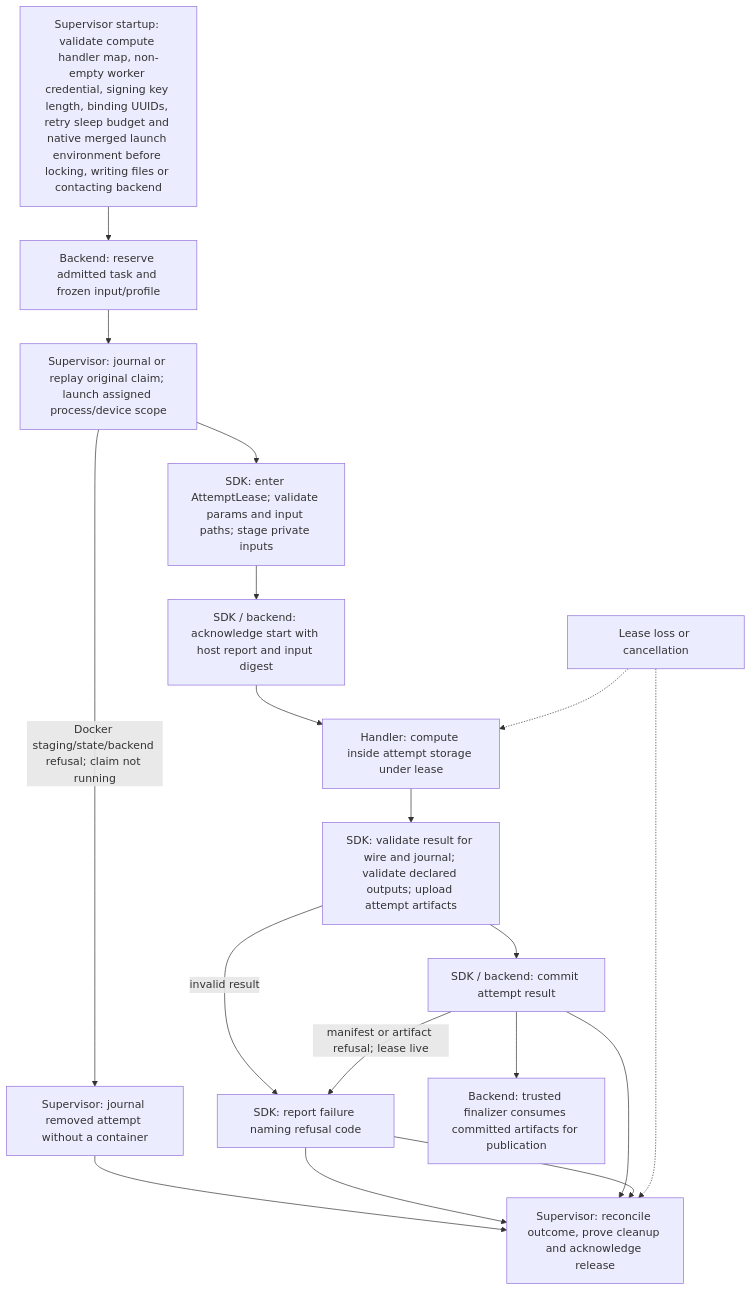
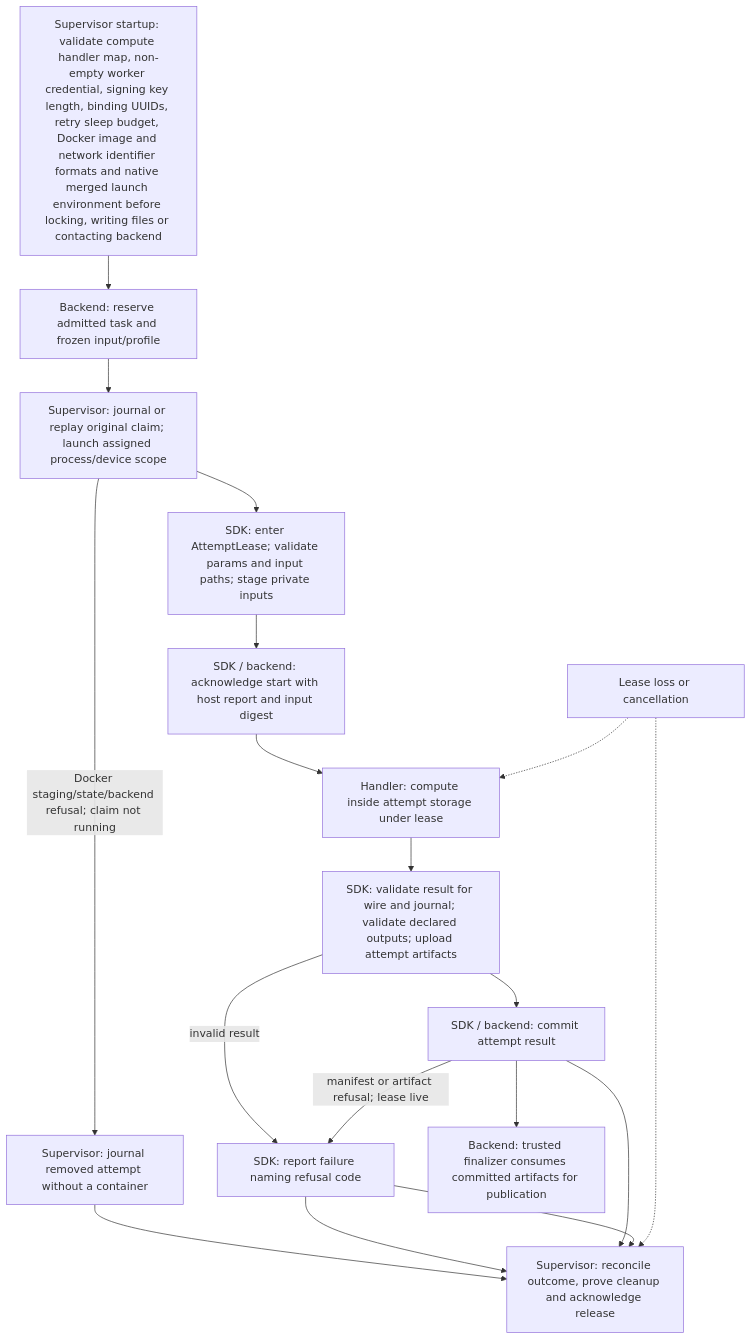
The second of 2 diagrams in docs/fleet/workflow-standard.md (SyngularXR/task-worker-api), drawn with Mermaid before and after one commit. The commit also changed other lines of this file and 3 other files, not shown here.

Commit message:
fix: validate Docker identifiers before admission state (#214)

````diff
--- a/docs/fleet/workflow-standard.md
+++ b/docs/fleet/workflow-standard.md
@@ -101,20 +101,20 @@
 ```mermaid
 flowchart TD
-    config["Supervisor startup: validate compute handler map, non-empty worker credential, signing key length, binding UUIDs, retry sleep budget and native merged launch environment before locking, writing files or contacting backend"] --> backend["Backend: reserve admitted task and frozen input/profile"]
+    config["Supervisor startup: validate compute handler map, non-empty worker credential, signing key length, binding UUIDs, retry sleep budget, Docker image and network identifier formats and native merged launch environment before locking, writing files or contacting backend"] --> backend["Backend: reserve admitted task and frozen input/profile"]
     backend --> supervisor["Supervisor: journal or replay original claim; launch assigned process/device scope"]
     supervisor --> stage["SDK: enter AttemptLease; validate params and input paths; stage private inputs"]
     supervisor -->|Docker staging/state/backend refusal; claim not running| refused["Supervisor: journal removed attempt without a container"]
     refused --> reconcile
     stage --> start["SDK / backend: acknowledge start with host report and input digest"]
     start --> handler["Handler: compute inside attempt storage under lease"]
     handler --> outputs["SDK: validate result for wire and journal; validate declared outputs; upload attempt artifacts"]
     outputs --> commit["SDK / backend: commit attempt result"]
     outputs -->|invalid result| failure["SDK: report failure while started attempt lease is live"]
     failure --> reconcile
     commit --> reconcile["Supervisor: reconcile outcome, prove cleanup and acknowledge release"]
     commit -->|manifest or artifact refusal; lease live| failure["SDK: report failure naming refusal code"]
     failure --> reconcile
     commit --> finalizer["Backend: trusted finalizer consumes committed artifacts for publication"]
     cancel["Lease loss or cancellation"] -.-> handler
     cancel -.-> reconcile
 ```
````
